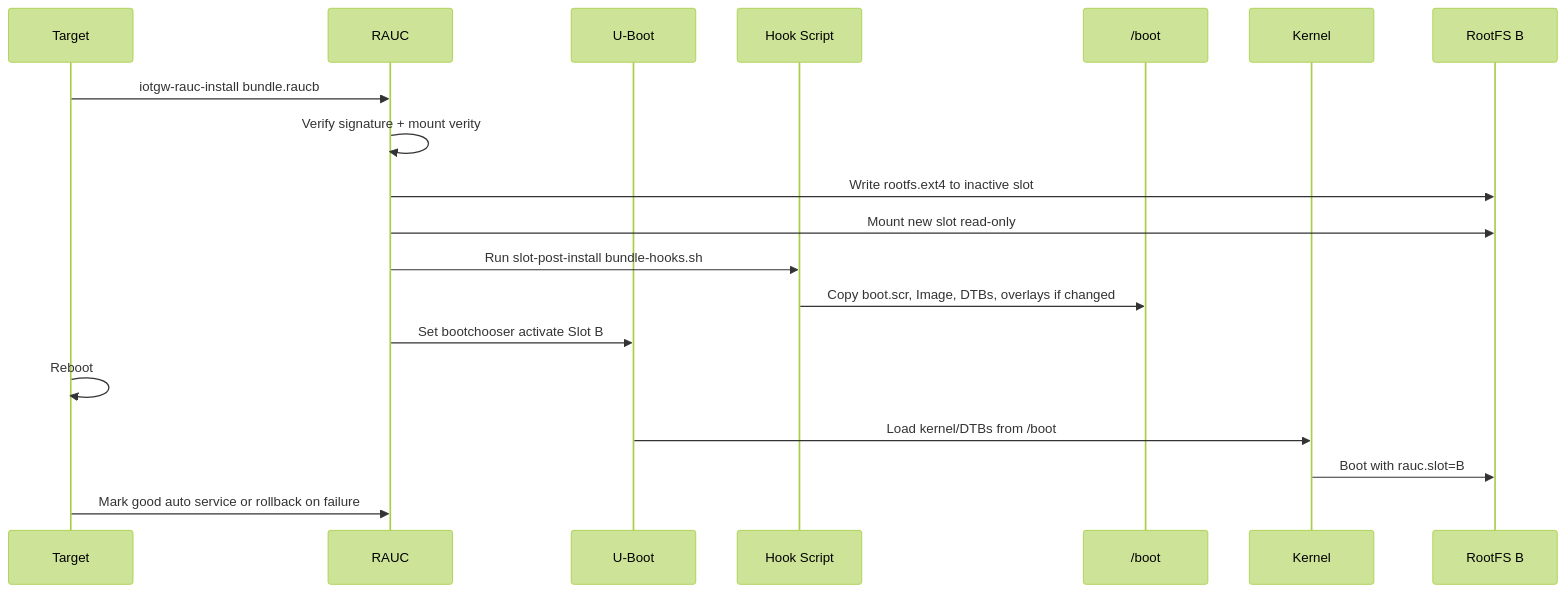
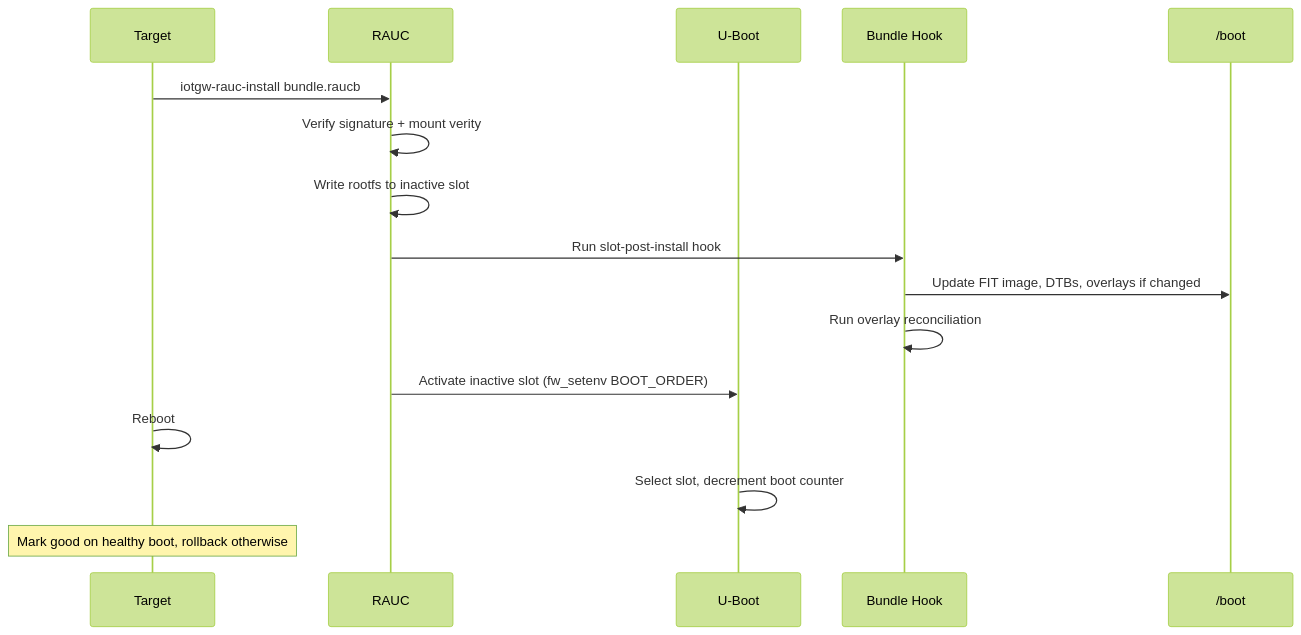
Before and after one commit to umair-as/rpi5-iot-gateway: the second of 2 diagrams in docs/OTA_UPDATE.md, drawn with Mermaid (forest theme). The commit also changed other lines of this file and 6 other files, not shown here.

````diff
--- a/docs/OTA_UPDATE.md
+++ b/docs/OTA_UPDATE.md
@@ -72,22 +48,19 @@
 ```mermaid
 sequenceDiagram
     participant T as Target
     participant R as RAUC
     participant U as U-Boot
-    participant Hook as Hook Script
+    participant Hook as Bundle Hook
     participant Boot as /boot
-    participant Kernel as Kernel
-    participant RootfsB as RootFS B
 
     T->>R: iotgw-rauc-install bundle.raucb
     R->>R: Verify signature + mount verity
-    R->>RootfsB: Write rootfs.ext4 to inactive slot
-    R->>RootfsB: Mount new slot read-only
-    R->>Hook: Run slot-post-install bundle-hooks.sh
-    Hook->>Boot: Copy boot.scr, Image, DTBs, overlays if changed
-    R->>U: Set bootchooser activate Slot B
+    R->>R: Write rootfs to inactive slot
+    R->>Hook: Run slot-post-install hook
+    Hook->>Boot: Update FIT image, DTBs, overlays if changed
+    Hook->>Hook: Run overlay reconciliation
+    R->>U: Activate inactive slot (fw_setenv BOOT_ORDER)
     T->>T: Reboot
-    U->>Kernel: Load kernel/DTBs from /boot
-    Kernel->>RootfsB: Boot with rauc.slot=B
-    T->>R: Mark good auto service or rollback on failure
+    U->>U: Select slot, decrement boot counter
+    Note over T: Mark good on healthy boot, rollback otherwise
 ```
````
